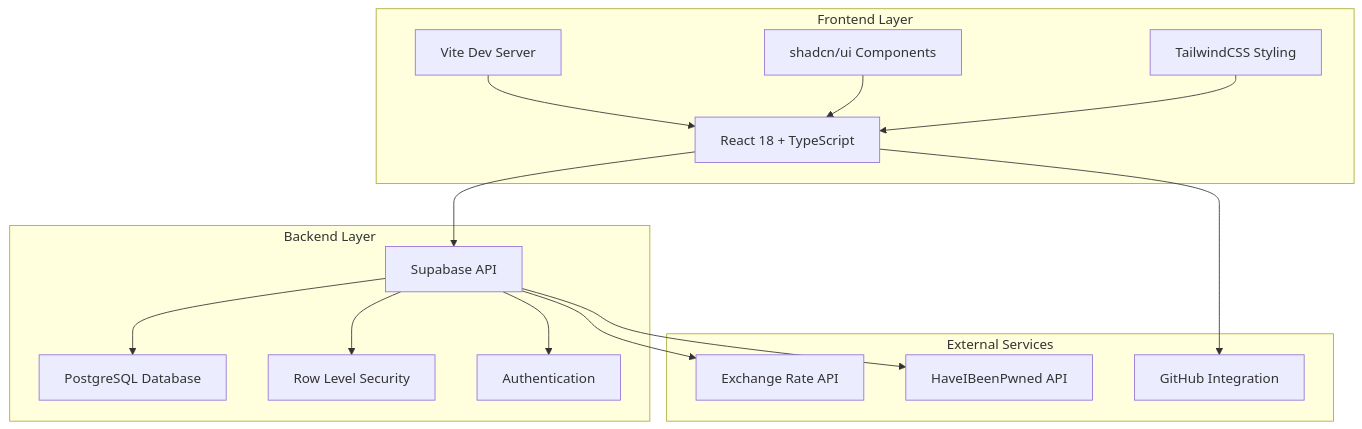
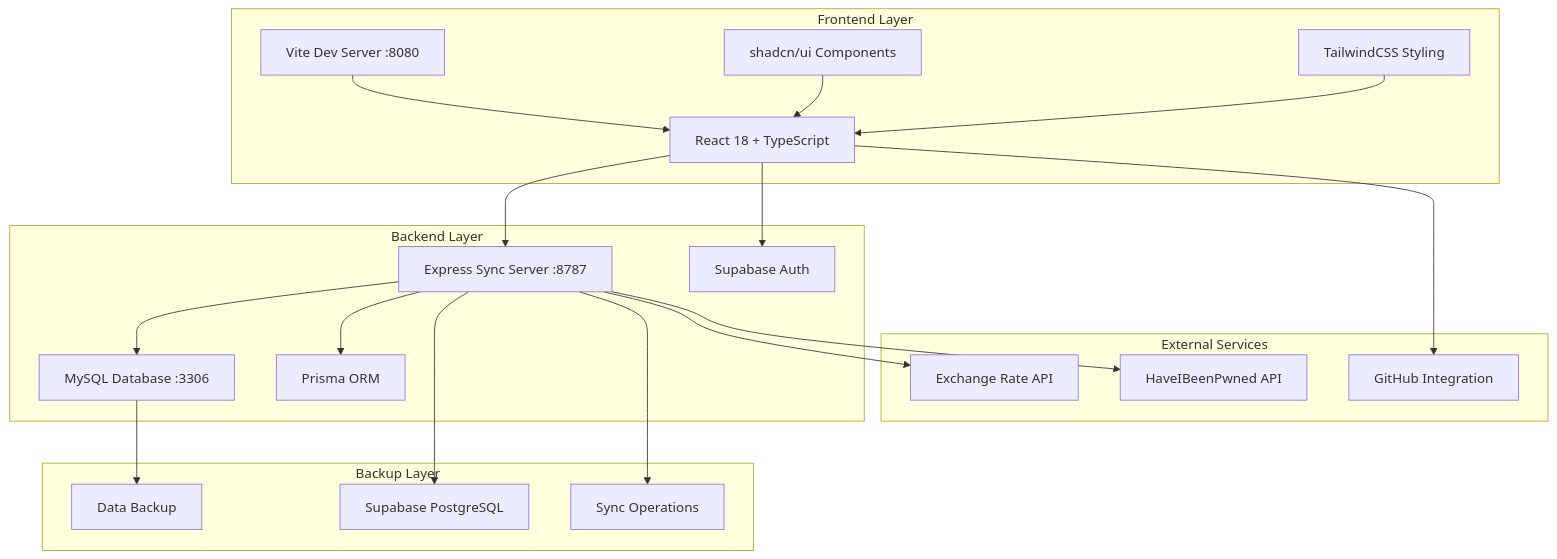
The first of 6 diagrams in README.md (gtthande/Station-2100), drawn with Mermaid before and after one commit. The commit also changed other lines of this file and 2 other files, not shown here.

Commit message:
docs: comprehensive system documentation update
- Updated README.md with hybrid MySQL + Supabase architecture
- Added current system status documentation
- Updated DEVLOG.md with recovery process details
- Documented hybrid database architecture (MySQL primary + Supabase backup)
- Updated technology stack and environment configuration
- Added comprehensive system health reporting
- Documented current service architecture (Frontend: Vite, Backend: Express)
- Updated development workflow and available scripts
- Added troubleshooting and maintenance guidelines

System Status:  FULLY OPERATIONAL
Architecture: Hybrid MySQL Primary + Supabase Backup
Services: Frontend (8080) + Backend (8787) + MySQL (3306) + Supabase Auth

````diff
--- a/README.md
+++ b/README.md
@@ -83,33 +85,42 @@
 ```mermaid
 graph TB
     subgraph "Frontend Layer"
         A[React 18 + TypeScript]
-        B[Vite Dev Server]
+        B[Vite Dev Server :8080]
         C[shadcn/ui Components]
         D[TailwindCSS Styling]
     end
     
     subgraph "Backend Layer"
-        E[Supabase API]
-        F[PostgreSQL Database]
-        G[Row Level Security]
-        H[Authentication]
+        E[Express Sync Server :8787]
+        F[MySQL Database :3306]
+        G[Prisma ORM]
+        H[Supabase Auth]
+    end
+    
+    subgraph "Backup Layer"
+        I[Supabase PostgreSQL]
+        J[Sync Operations]
+        K[Data Backup]
     end
     
     subgraph "External Services"
-        I[Exchange Rate API]
-        J[HaveIBeenPwned API]
-        K[GitHub Integration]
+        L[Exchange Rate API]
+        M[HaveIBeenPwned API]
+        N[GitHub Integration]
     end
     
     A --> E
+    A --> H
     B --> A
     C --> A
     D --> A
     E --> F
     E --> G
-    E --> H
     E --> I
     E --> J
-    A --> K
+    F --> K
+    E --> L
+    E --> M
+    A --> N
 ```
````
